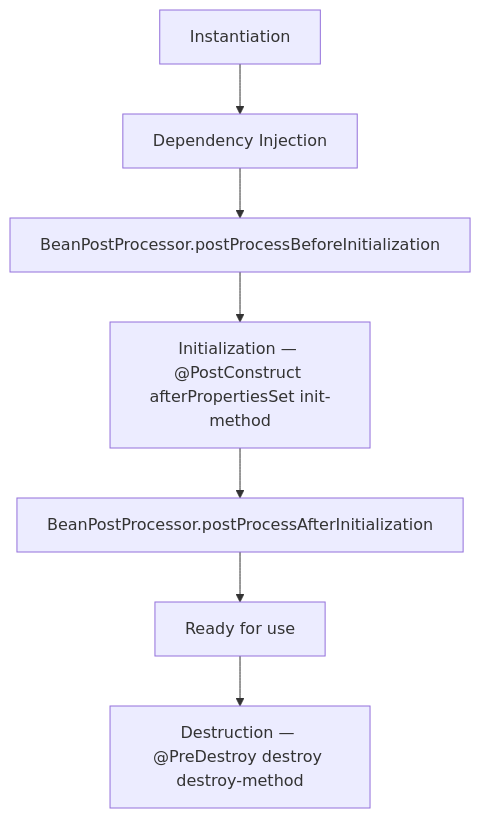
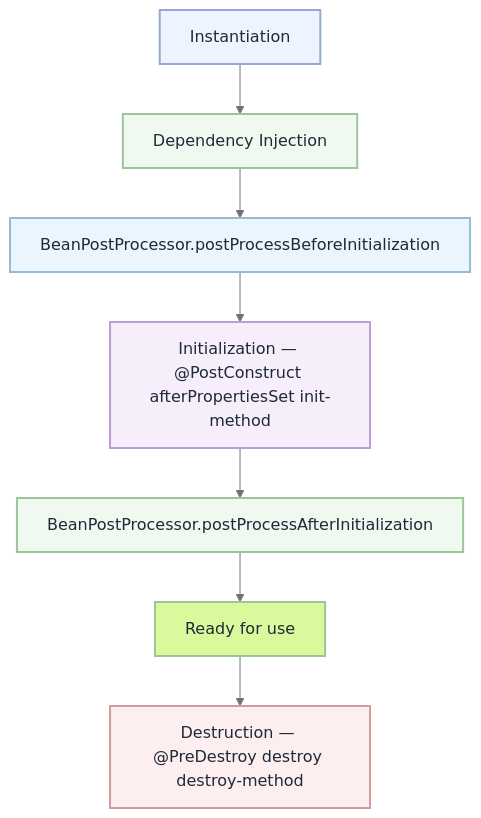
Before and after one commit to MishaSytch/middle_java_back: the first of 2 diagrams in docs/interview/spring-boot.md, drawn with Mermaid. The commit also changed other lines of this file and 15 other files, not shown here.

````diff
--- a/docs/interview/spring-boot.md
+++ b/docs/interview/spring-boot.md
@@ -83,9 +83,24 @@
 ```mermaid
+%%{init: { 'theme': 'neutral', 'themeVariables': { 'primaryColor': '#ffffff', 'primaryTextColor': '#1f2937', 'lineColor': '#6b7280', 'primaryBorderColor': '#d1d5db', 'secondaryColor': '#f3f4f6', 'tertiaryColor': '#e5e7eb' } } }%%
 flowchart TD
     A[Instantiation] --> B[Dependency Injection]
     B --> C[BeanPostProcessor.postProcessBeforeInitialization]
     C --> D[Initialization — @PostConstruct afterPropertiesSet init-method]
     D --> E[BeanPostProcessor.postProcessAfterInitialization]
     E --> F[Ready for use]
     F --> G[Destruction — @PreDestroy destroy destroy-method]
+    classDef n0 fill:#eef4ff,stroke:#93a8d4,stroke-width:2px,color:#1f2937
+    classDef n1 fill:#f0f9ef,stroke:#9dc49a,stroke-width:2px,color:#1f2937
+    classDef n2 fill:#eaf5fd,stroke:#94bcd8,stroke-width:2px,color:#1f2937
+    classDef n3 fill:#f6eefa,stroke:#bb9ed4,stroke-width:2px,color:#1f2937
+    classDef n4 fill:#f0f9ef,stroke:#9dc49a,stroke-width:2px,color:#1f2937
+    classDef n5 fill:#d9f99d,stroke:#9dc49a,stroke-width:2px,color:#1f2937
+    classDef n6 fill:#fdeef0,stroke:#d49a9c,stroke-width:2px,color:#1f2937
+    class A n0
+    class B n1
+    class C n2
+    class D n3
+    class E n4
+    class F n5
+    class G n6
 ```
````
